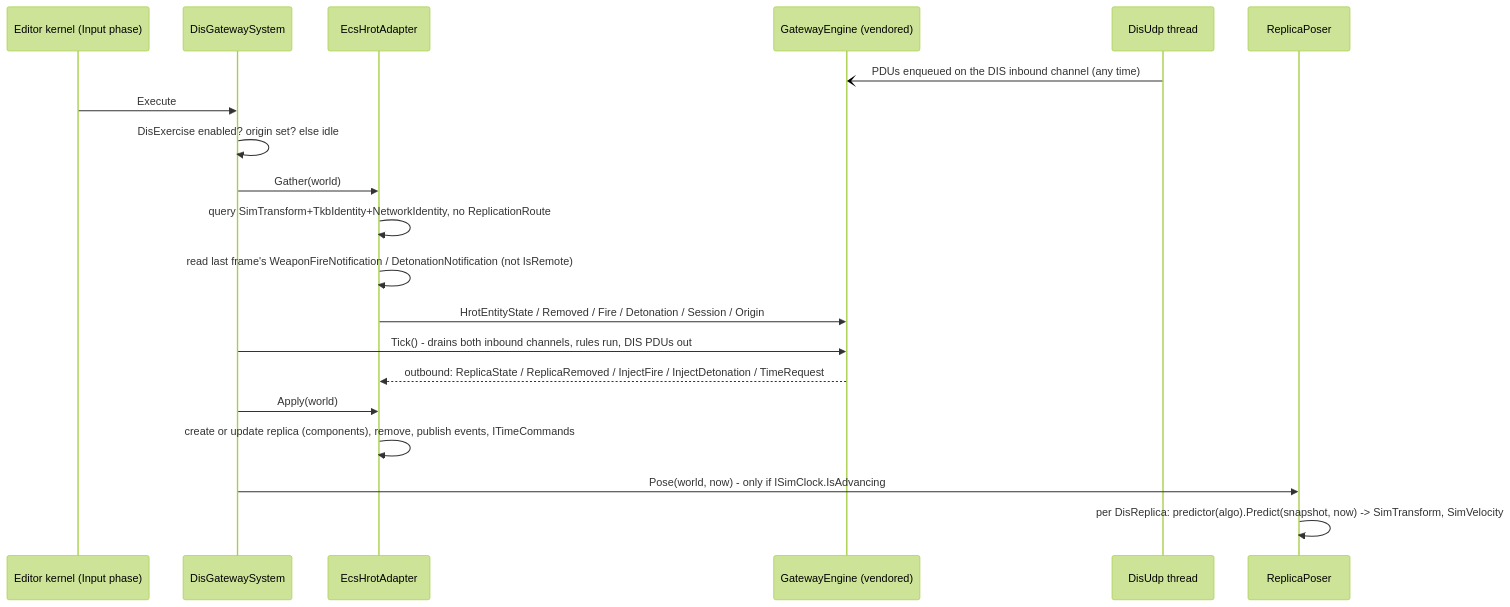
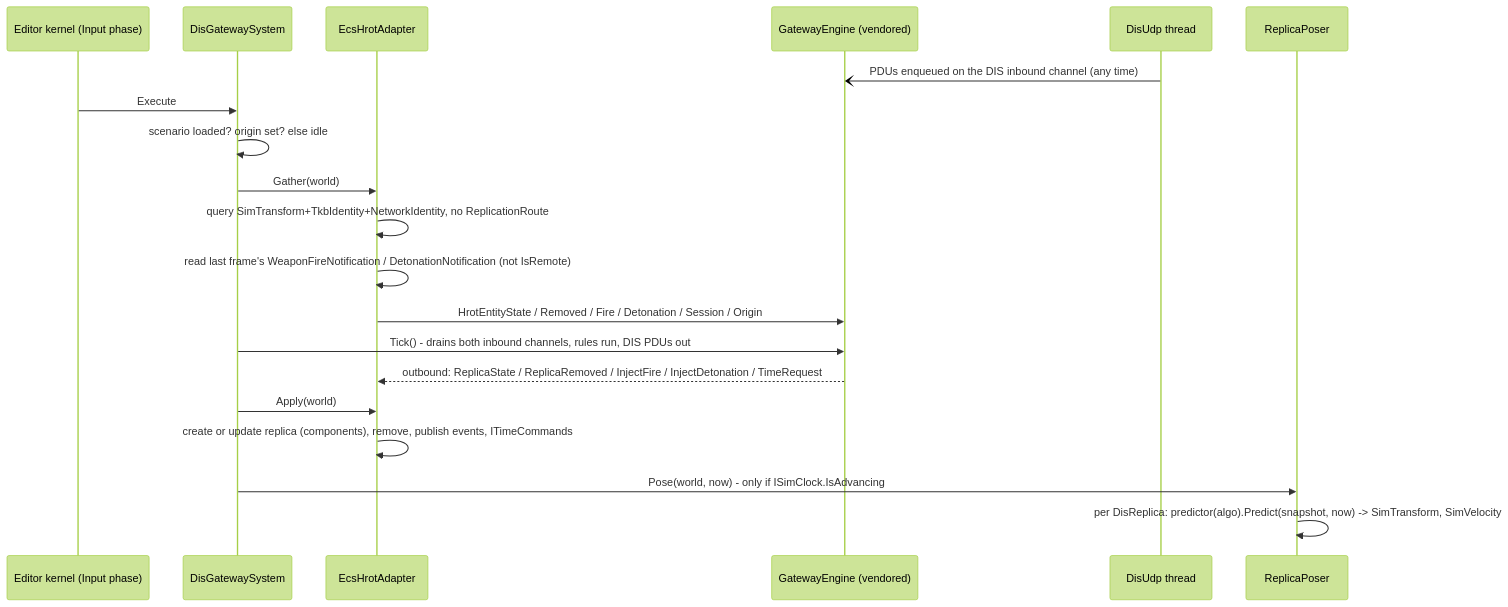
One commit to pjanec/SimNetGateway changed the third of 7 diagrams in docs/design/DD-007-Hrot-Dis-Pack.md. Above: the diagram before and after it, drawn with Mermaid (forest theme). The commit also changed other lines of this file and 6 other files, not shown here.

````diff
--- a/docs/design/DD-007-Hrot-Dis-Pack.md
+++ b/docs/design/DD-007-Hrot-Dis-Pack.md
@@ -243,22 +277,22 @@
 ```mermaid
 sequenceDiagram
     participant K as Editor kernel (Input phase)
     participant S as DisGatewaySystem
     participant A as EcsHrotAdapter
     participant E as GatewayEngine (vendored)
     participant U as DisUdp thread
     participant P as ReplicaPoser
     U-)E: PDUs enqueued on the DIS inbound channel (any time)
     K->>S: Execute
-    S->>S: DisExercise enabled? origin set? else idle
+    S->>S: scenario loaded? origin set? else idle
     S->>A: Gather(world)
     A->>A: query SimTransform+TkbIdentity+NetworkIdentity, no ReplicationRoute
     A->>A: read last frame's WeaponFireNotification / DetonationNotification (not IsRemote)
     A->>E: HrotEntityState / Removed / Fire / Detonation / Session / Origin
     S->>E: Tick() - drains both inbound channels, rules run, DIS PDUs out
     E-->>A: outbound: ReplicaState / ReplicaRemoved / InjectFire / InjectDetonation / TimeRequest
     S->>A: Apply(world)
     A->>A: create or update replica (components), remove, publish events, ITimeCommands
     S->>P: Pose(world, now) - only if ISimClock.IsAdvancing
     P->>P: per DisReplica: predictor(algo).Predict(snapshot, now) -> SimTransform, SimVelocity
 ```
````
